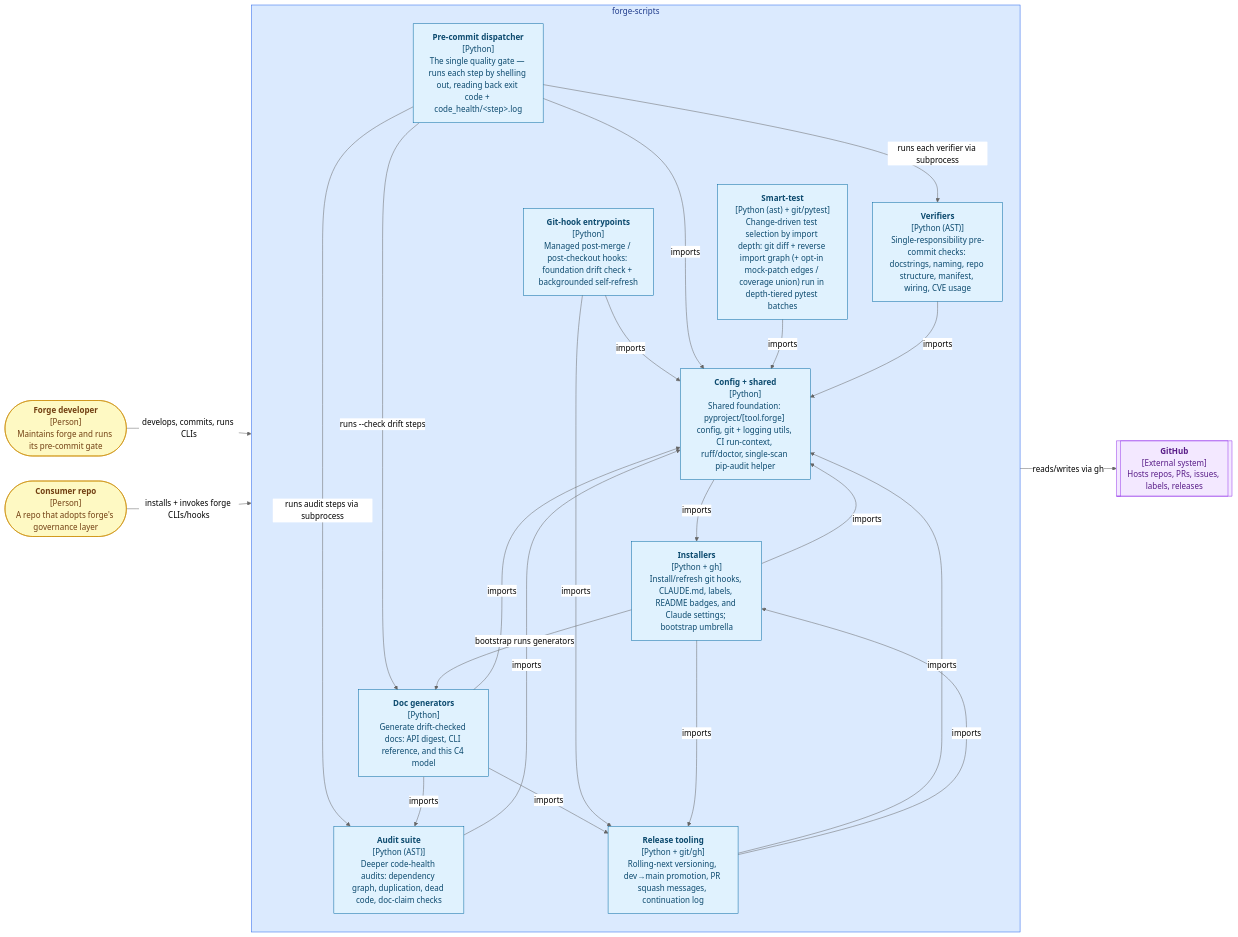
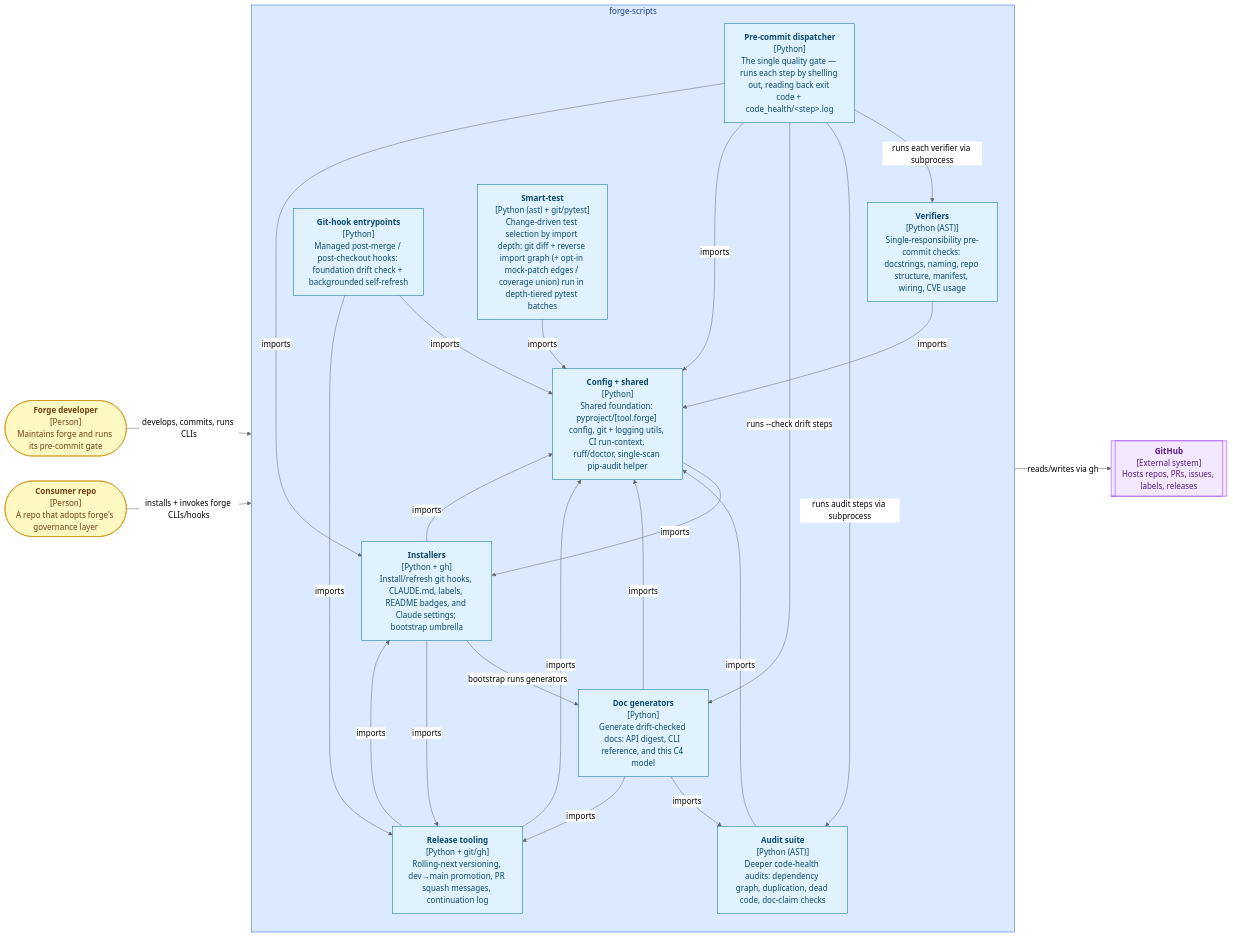
One commit to misnaej/forge changed the diagram in README.md. Above: the diagram before and after it, drawn with Mermaid (neutral theme). The commit also changed 22 other files, not shown here.

````diff
--- a/README.md
+++ b/README.md
@@ -122,55 +122,56 @@
 ```mermaid
 graph LR
     forge_developer(["<b>Forge developer</b><br/>[Person]<br/>Maintains forge and runs its pre-commit gate"])
     consumer_repo(["<b>Consumer repo</b><br/>[Person]<br/>A repo that adopts forge's governance layer"])
     github[["<b>GitHub</b><br/>[External system]<br/>Hosts repos, PRs, issues, labels, releases"]]
     subgraph forge_scripts["forge-scripts"]
         pre_commit_dispatcher["<b>Pre-commit dispatcher</b><br/>[Python]<br/>The single quality gate — runs each step by shelling out, reading back exit code + code_health/&lt;step&gt;.log"]
         audit_suite["<b>Audit suite</b><br/>[Python (AST)]<br/>Deeper code-health audits: dependency graph, duplication, dead code, doc-claim checks"]
         verifiers["<b>Verifiers</b><br/>[Python (AST)]<br/>Single-responsibility pre-commit checks: docstrings, naming, repo structure, manifest, wiring, CVE usage"]
         installers["<b>Installers</b><br/>[Python + gh]<br/>Install/refresh git hooks, CLAUDE.md, labels, README badges, and Claude settings; bootstrap umbrella"]
         doc_generators["<b>Doc generators</b><br/>[Python]<br/>Generate drift-checked docs: API digest, CLI reference, and this C4 model"]
         git_hook_entrypoints["<b>Git-hook entrypoints</b><br/>[Python]<br/>Managed post-merge / post-checkout hooks: foundation drift check + backgrounded self-refresh"]
         release_tooling["<b>Release tooling</b><br/>[Python + git/gh]<br/>Rolling-next versioning, dev→main promotion, PR squash messages, continuation log"]
         smart_test["<b>Smart-test</b><br/>[Python (ast) + git/pytest]<br/>Change-driven test selection by import depth: git diff + reverse import graph (+ opt-in mock-patch edges / coverage union) run in depth-tiered pytest batches"]
         config_shared["<b>Config + shared</b><br/>[Python]<br/>Shared foundation: pyproject/[tool.forge] config, git + logging utils, CI run-context, ruff/doctor, single-scan pip-audit helper"]
     end
     forge_developer -->|"develops, commits, runs CLIs"| forge_scripts
     consumer_repo -->|"installs + invokes forge CLIs/hooks"| forge_scripts
     forge_scripts -->|"reads/writes via gh"| github
     pre_commit_dispatcher -->|"runs each verifier via subprocess"| verifiers
     pre_commit_dispatcher -->|"runs audit steps via subprocess"| audit_suite
     pre_commit_dispatcher -->|"runs --check drift steps"| doc_generators
     installers -->|"bootstrap runs generators"| doc_generators
     audit_suite -->|"imports"| config_shared
     config_shared -->|"imports"| installers
     doc_generators -->|"imports"| audit_suite
     doc_generators -->|"imports"| config_shared
     doc_generators -->|"imports"| release_tooling
     git_hook_entrypoints -->|"imports"| config_shared
     git_hook_entrypoints -->|"imports"| release_tooling
     installers -->|"imports"| config_shared
     installers -->|"imports"| release_tooling
     pre_commit_dispatcher -->|"imports"| config_shared
+    pre_commit_dispatcher -->|"imports"| installers
     release_tooling -->|"imports"| config_shared
     release_tooling -->|"imports"| installers
     smart_test -->|"imports"| config_shared
     verifiers -->|"imports"| config_shared
     classDef component fill:#e0f2fe,stroke:#0369a1,color:#0c4a6e
     classDef container fill:#dbeafe,stroke:#2563eb,color:#1e3a8a
     classDef external fill:#f3e8ff,stroke:#9333ea,color:#581c87
     classDef person fill:#fef9c3,stroke:#ca8a04,color:#713f12
     class forge_developer person
     class consumer_repo person
     class github external
     class forge_scripts container
     class pre_commit_dispatcher component
     class audit_suite component
     class verifiers component
     class installers component
     class doc_generators component
     class git_hook_entrypoints component
     class release_tooling component
     class smart_test component
     class config_shared component
 ```
````
